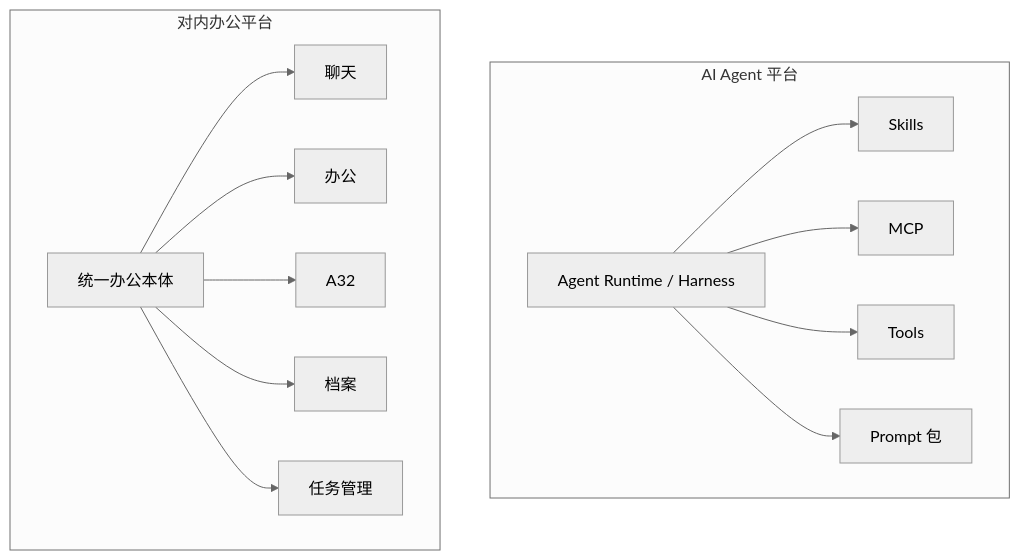
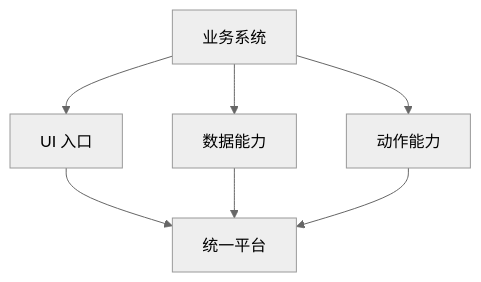
The second of 6 diagrams in job/mod/ai-agent-internal-software-integration.md (XiaoYang1127/dev-doc), drawn with Mermaid (neutral theme) before and after one commit. The commit also changed other lines of this file and 5 other files, not shown here.

````diff
--- a/job/mod/ai-agent-internal-software-integration.md
+++ b/job/mod/ai-agent-internal-software-integration.md
@@ -89,19 +93,10 @@
 ```mermaid
 flowchart TB
-    subgraph AI[AI Agent 平台]
-        AIRuntime[Agent Runtime / Harness]
-        AIRuntime --> Skill[Skills]
-        AIRuntime --> MCP[MCP]
-        AIRuntime --> Tool[Tools]
-        AIRuntime --> Prompt[Prompt 包]
-    end
+    System[业务系统] --> UI[UI 入口]
+    System --> Data[数据能力]
+    System --> Action[动作能力]
 
-    subgraph OA[对内办公平台]
-        OACore[统一办公本体]
-        OACore --> Chat[聊天]
-        OACore --> Office[办公]
-        OACore --> A32[A32]
-        OACore --> Archive[档案]
-        OACore --> Task[任务管理]
-    end
+    UI --> Platform[统一平台]
+    Data --> Platform
+    Action --> Platform
 ```
````
